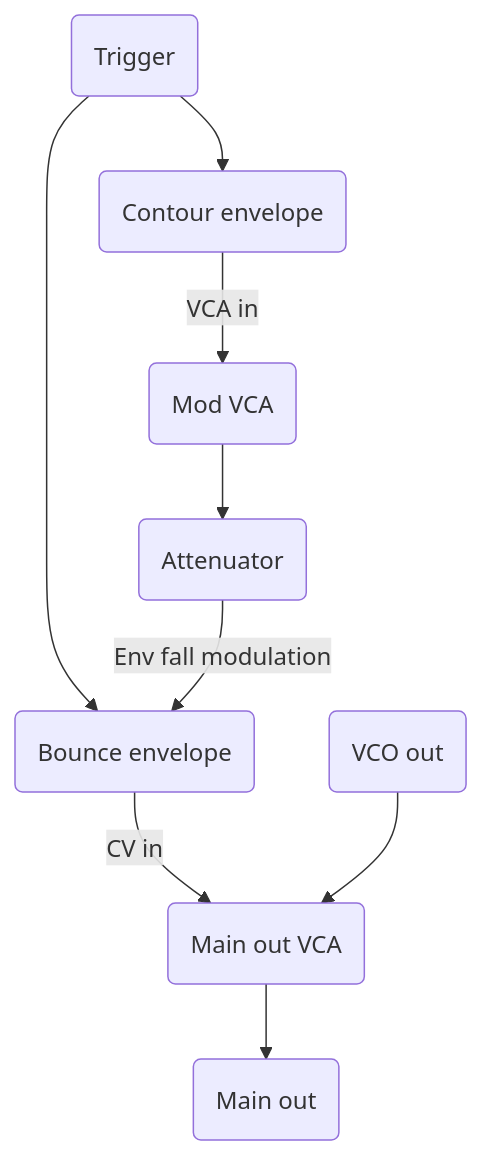
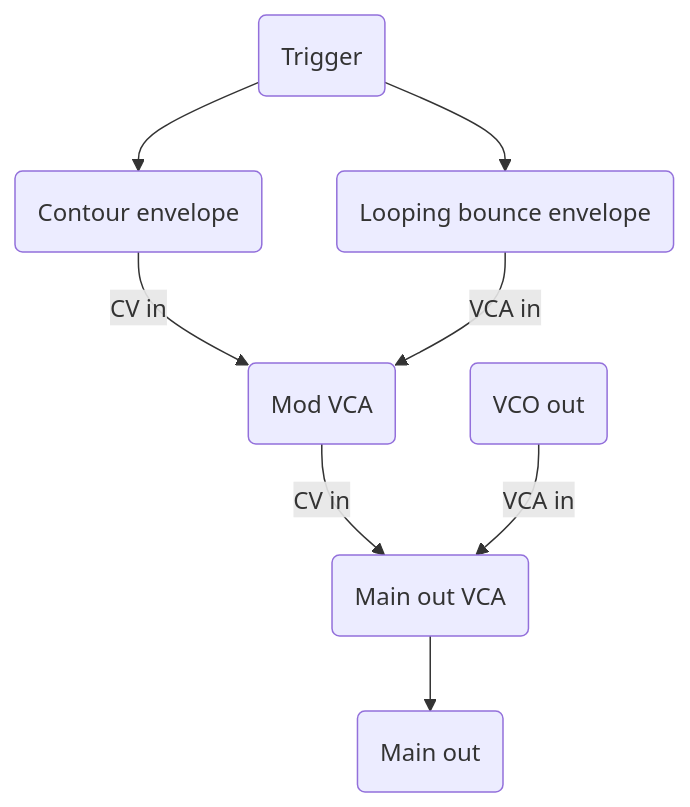
One commit to aidanreilly/man_synth changed the diagram in _drafts/buscephalus.md. Above: the diagram before and after it, drawn with Mermaid. The commit also changed other lines of this file, not shown here.

```diff
--- a/_drafts/buscephalus.md
+++ b/_drafts/buscephalus.md
@@ -18,11 +18,10 @@
 <div class="mermaid">
  graph TB
- D(Main out VCA)-->E(Main out)
+F(Trigger)-->C(Looping bounce envelope)
 F(Trigger)-->A(Contour envelope)
-F(Trigger)-->C(Bounce envelope)
-A(Contour envelope) -->|VCA in|B(Mod VCA)
-B(Mod VCA)-->H(Attenuator)
-H(Attenuator)-->|Env fall modulation|C(Bounce envelope)
-C(Bounce envelope)-->|CV in|D(Main out VCA)
-G(VCO out)-->D(Main out VCA)
+B(Mod VCA)-->|CV in|D(Main out VCA)
+A(Contour envelope) -->|CV in|B(Mod VCA)
+C(Looping bounce envelope)-->|VCA in|B(Mod VCA)
+G(VCO out)-->|VCA in|D(Main out VCA)
+D(Main out VCA)-->J(Main out)
 </div>
```
